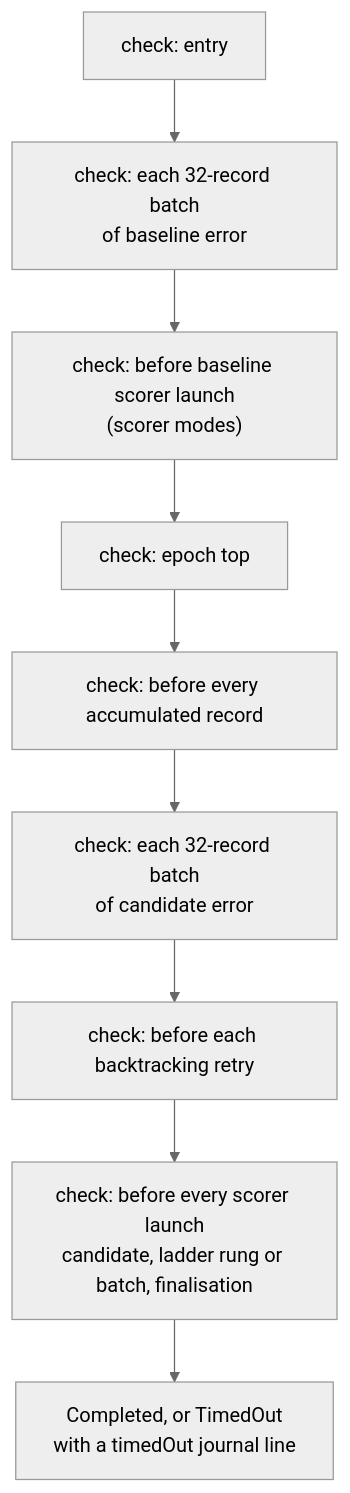
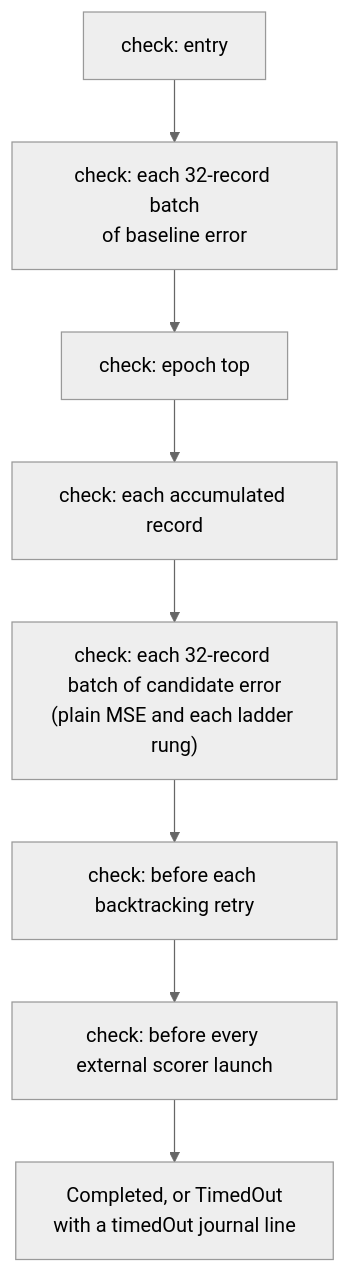
Before and after one commit to stSoftwareAU/NEAT-AI-Backpropagation: diagram 14 of 23 in README.md, drawn with Mermaid (neutral theme). The commit also changed other lines of this file and 4 other files, not shown here.

````diff
--- a/README.md
+++ b/README.md
@@ -928,11 +932,10 @@
 ```mermaid
 flowchart TD
     A["check: entry"] --> B["check: each 32-record batch<br/>of baseline error"]
-    B --> C["check: before baseline scorer launch<br/>(scorer modes)"]
-    C --> D["check: epoch top"]
-    D --> E["check: before every accumulated record"]
-    E --> F["check: each 32-record batch<br/>of candidate error"]
-    F --> G["check: before each backtracking retry"]
-    G --> H["check: before every scorer launch<br/>candidate, ladder rung or batch, finalisation"]
-    H --> I["Completed, or TimedOut<br/>with a timedOut journal line"]
+    B --> C["check: epoch top"]
+    C --> D["check: each accumulated record"]
+    D --> E["check: each 32-record batch of candidate error<br/>(plain MSE and each ladder rung)"]
+    E --> F["check: before each backtracking retry"]
+    F --> G["check: before every external scorer launch"]
+    G --> H["Completed, or TimedOut<br/>with a timedOut journal line"]
 ```
````
